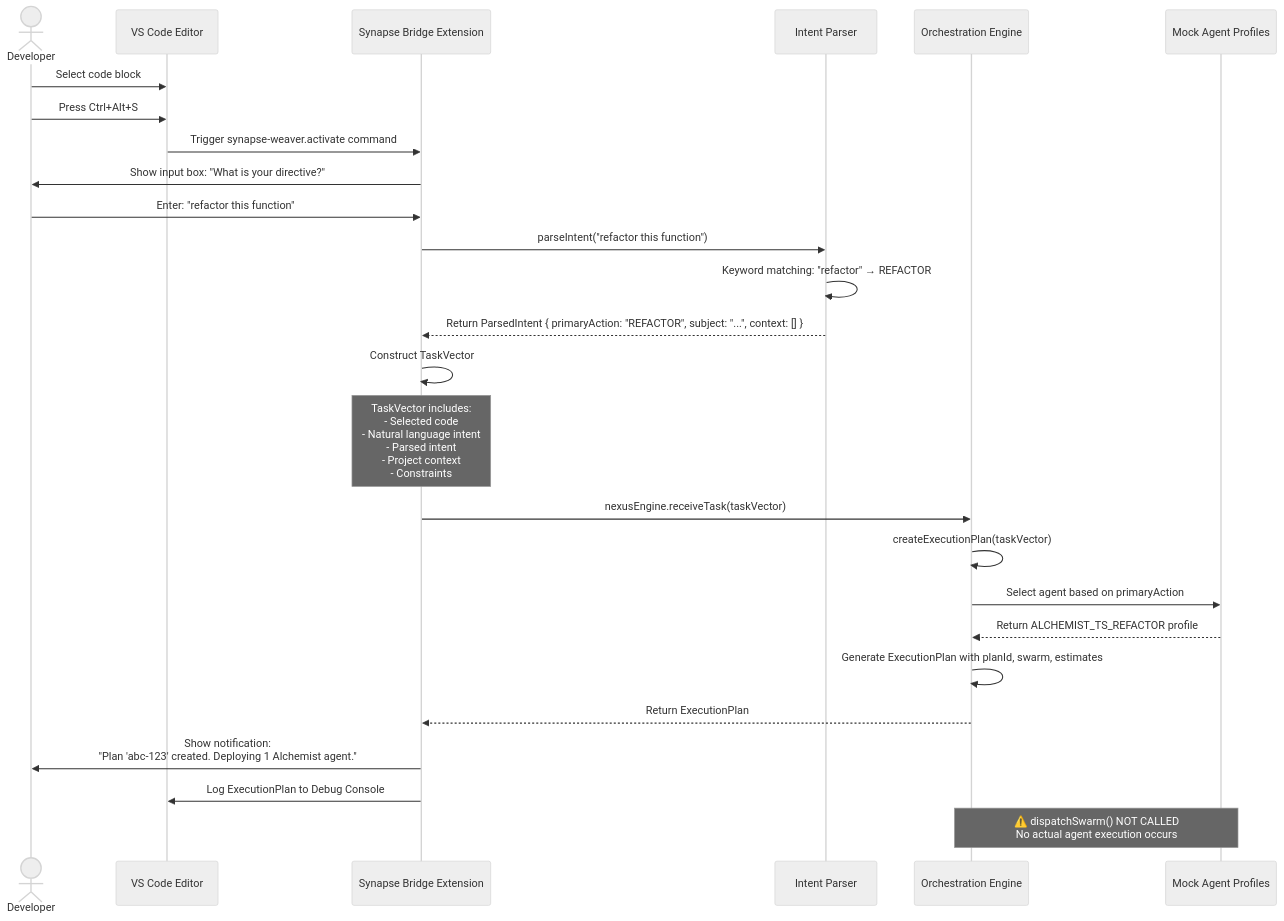
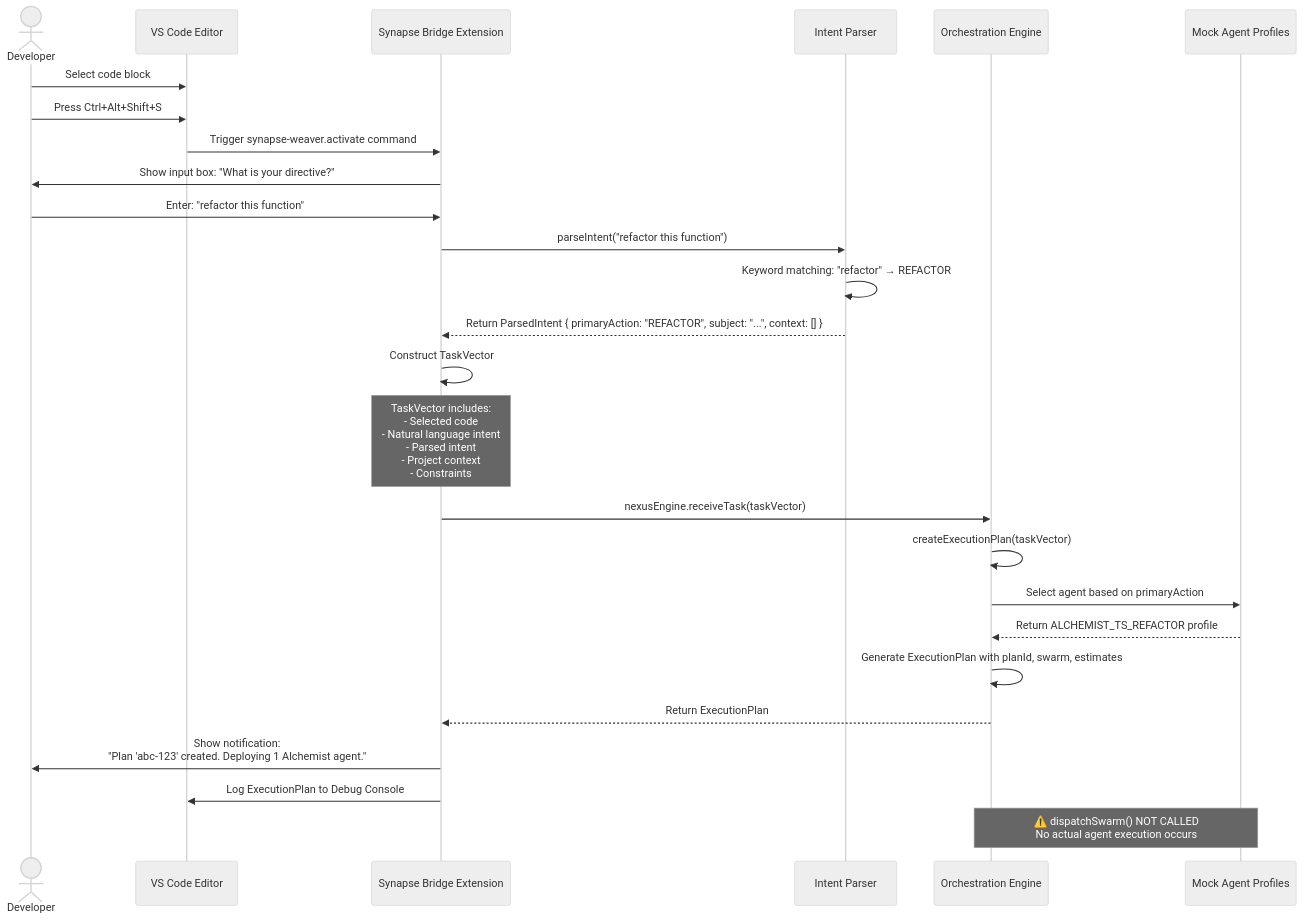
The diagram in docs/PROJECT_ANALYSIS.md (sgbilod/synapse-weaver-nexus), drawn with Mermaid (neutral theme) before and after one commit. The commit also changed other lines of this file and 2 other files, not shown here.

Commit message:
fix(bridge): EXECUTE Self-Certification Protocol for keybinding

````diff
--- a/docs/PROJECT_ANALYSIS.md
+++ b/docs/PROJECT_ANALYSIS.md
@@ -86,35 +86,35 @@
 ```mermaid
 sequenceDiagram
     actor Developer
     participant VSCode as VS Code Editor
     participant Bridge as Synapse Bridge Extension
     participant Parser as Intent Parser
     participant Engine as Orchestration Engine
     participant Agents as Mock Agent Profiles
 
     Developer->>VSCode: Select code block
-    Developer->>VSCode: Press Ctrl+Alt+S
+    Developer->>VSCode: Press Ctrl+Alt+Shift+S
     VSCode->>Bridge: Trigger synapse-weaver.activate command
     Bridge->>Developer: Show input box: "What is your directive?"
     Developer->>Bridge: Enter: "refactor this function"
 
     Bridge->>Parser: parseIntent("refactor this function")
     Parser->>Parser: Keyword matching: "refactor" → REFACTOR
     Parser-->>Bridge: Return ParsedIntent { primaryAction: "REFACTOR", subject: "...", context: [] }
 
     Bridge->>Bridge: Construct TaskVector
     Note over Bridge: TaskVector includes:<br/>- Selected code<br/>- Natural language intent<br/>- Parsed intent<br/>- Project context<br/>- Constraints
 
     Bridge->>Engine: nexusEngine.receiveTask(taskVector)
     Engine->>Engine: createExecutionPlan(taskVector)
     Engine->>Agents: Select agent based on primaryAction
     Agents-->>Engine: Return ALCHEMIST_TS_REFACTOR profile
 
     Engine->>Engine: Generate ExecutionPlan with planId, swarm, estimates
     Engine-->>Bridge: Return ExecutionPlan
 
     Bridge->>Developer: Show notification:<br/>"Plan 'abc-123' created. Deploying 1 Alchemist agent."
     Bridge->>VSCode: Log ExecutionPlan to Debug Console
 
     Note over Engine,Agents: ⚠️ dispatchSwarm() NOT CALLED<br/>No actual agent execution occurs
 ```
````
